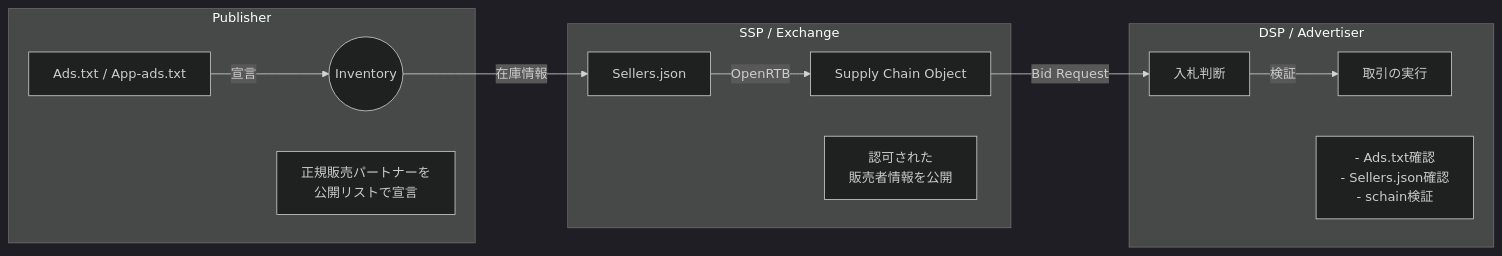
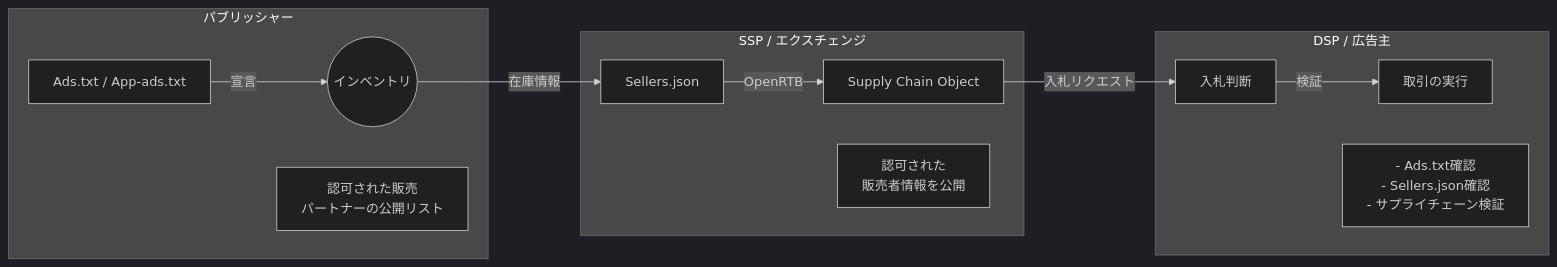
The diagram in docs/ja/schain-guide.md (miyaichi/adstxt-Inspector), drawn with Mermaid (dark theme) before and after one commit. The commit also changed other lines of this file and 5 other files, not shown here.

```diff
--- a/docs/ja/schain-guide.md
+++ b/docs/ja/schain-guide.md
@@ -21,20 +55,20 @@
-<pre class="mermaid">
+<div class="mermaid">
 flowchart LR
-    subgraph Publisher["Publisher"]
-        A["Ads.txt / App-ads.txt"] -->|"宣言"| B(("Inventory"))
-        note1["正規販売パートナーを<br/>公開リストで宣言"]
+    subgraph Publisher["パブリッシャー"]
+        A["Ads.txt / App-ads.txt"] -->|"宣言"| B(("インベントリ"))
+        note1["認可された販売<br/>パートナーの公開リスト"]
     end
 
-    subgraph SSP["SSP / Exchange"]
+    subgraph SSP["SSP / エクスチェンジ"]
         C["Sellers.json"] -->|"OpenRTB"| D["Supply Chain Object"]
         note2["認可された<br/>販売者情報を公開"]
     end
 
-    subgraph DSP["DSP / Advertiser"]
-        E["入札判断"] -->|"検証"| F["取引の実行"]
-        note3["- Ads.txt確認<br/>- Sellers.json確認<br/>- schain検証"]
+    subgraph DSP["DSP / 広告主"]
+        E[入札判断] -->|"検証"| F[取引の実行]
+        note3["- Ads.txt確認<br/>- Sellers.json確認<br/>- サプライチェーン検証"]
     end
 
     B -->|"在庫情報"| C
-    D -->|"Bid Request"| E
-</pre>
+    D -->|"入札リクエスト"| E
+</div>
```
